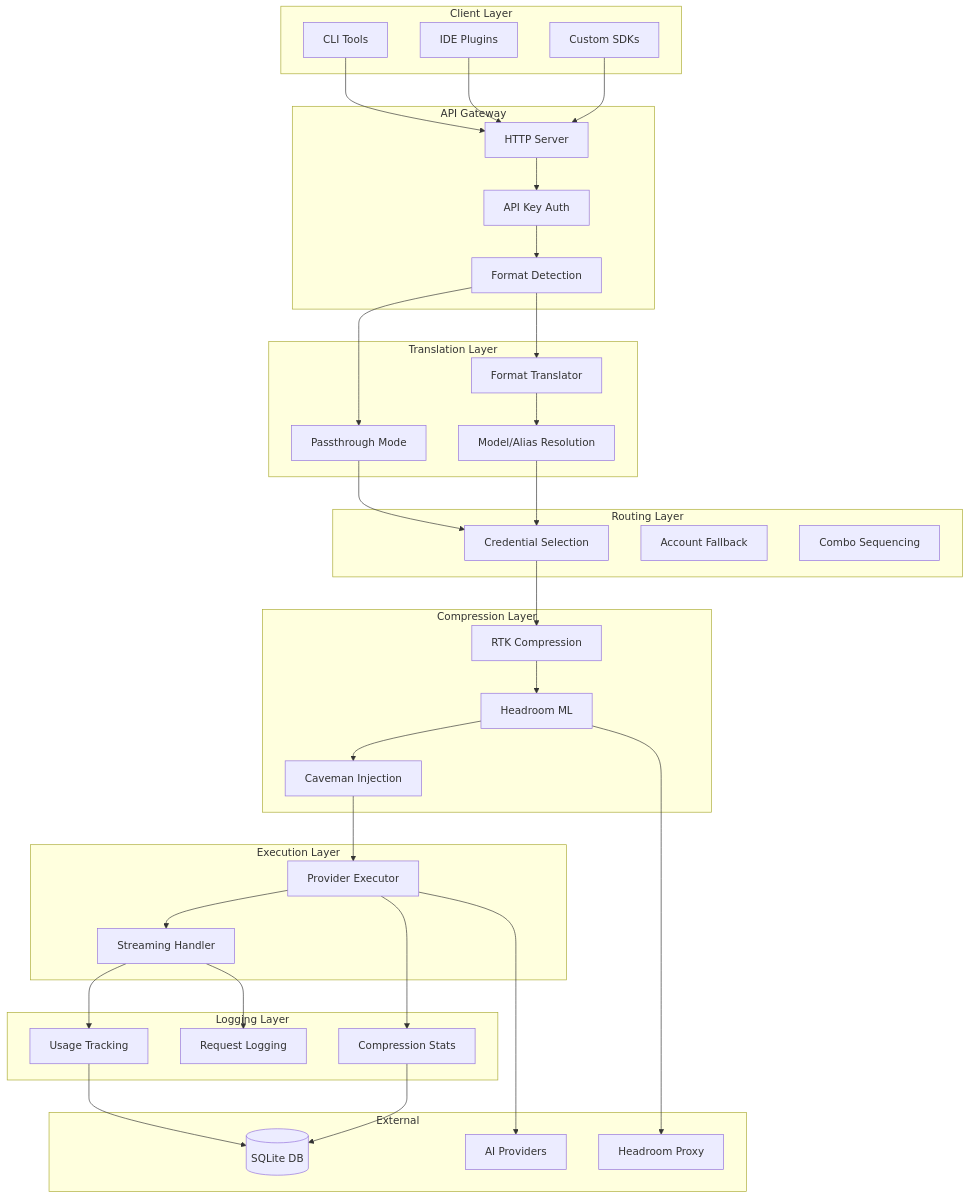
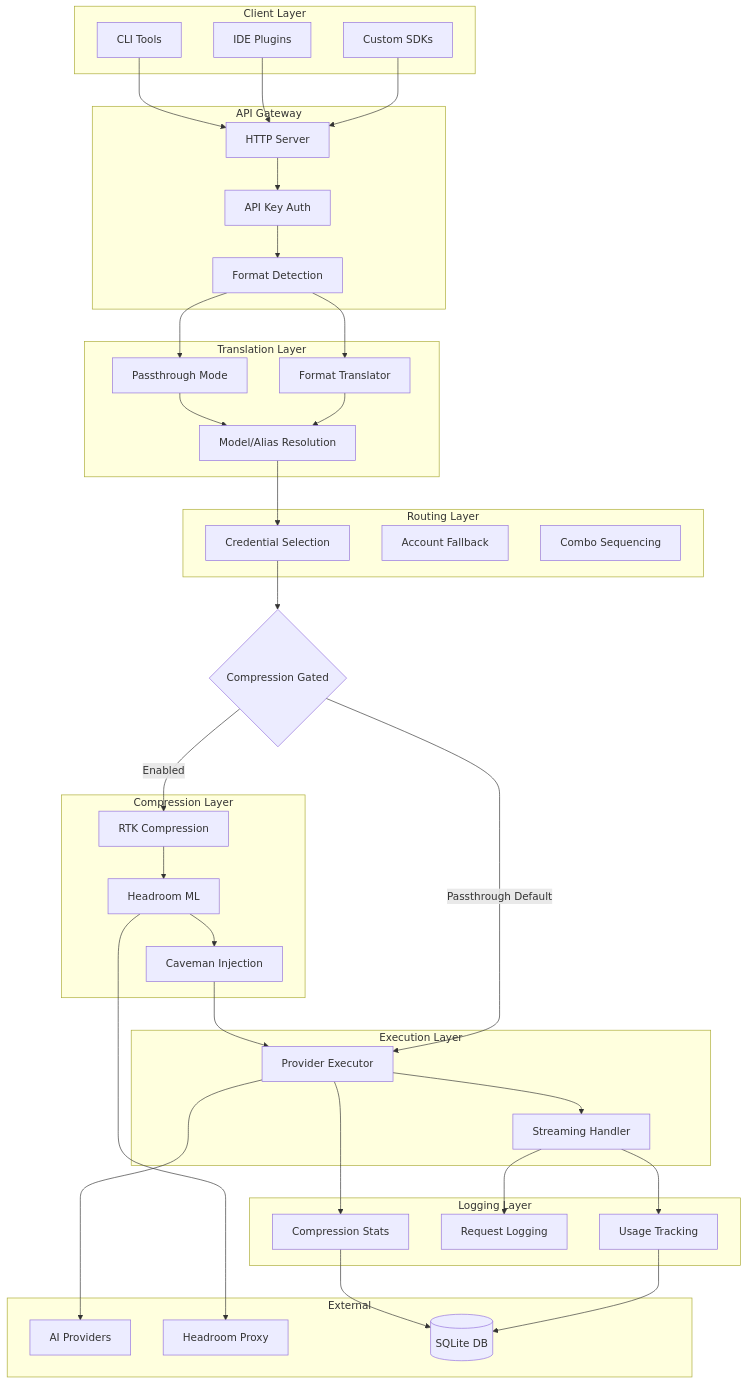
Before and after one commit to vzwjustin/Genesis: the first of 5 diagrams in .kiro/specs/ai-compression-routing-proxy/design.md, drawn with Mermaid. The commit also changed other lines of this file and 2 other files, not shown here.

First line of the commit message:
Expand compression routing proxy specs for passthrough and reliability.

````diff
--- a/.kiro/specs/ai-compression-routing-proxy/design.md
+++ b/.kiro/specs/ai-compression-routing-proxy/design.md
@@ -19,72 +27,74 @@
 ```mermaid
 flowchart TB
     subgraph Client Layer
         CLI[CLI Tools]
         IDE[IDE Plugins]
         SDK[Custom SDKs]
     end
 
     subgraph API Gateway
         HTTP[HTTP Server]
         Auth[API Key Auth]
         FormatDetect[Format Detection]
     end
 
     subgraph Translation Layer
         Passthrough[Passthrough Mode]
         Translator[Format Translator]
         ModelResolver[Model/Alias Resolution]
     end
 
     subgraph Routing Layer
         CredSelector[Credential Selection]
         AccountFallback[Account Fallback]
         ComboSequencer[Combo Sequencing]
     end
 
     subgraph Compression Layer
         RTK[RTK Compression]
         Headroom[Headroom ML]
         Caveman[Caveman Injection]
     end
 
     subgraph Execution Layer
         Executor[Provider Executor]
         StreamHandler[Streaming Handler]
     end
 
     subgraph Logging Layer
         UsageTracker[Usage Tracking]
         RequestLogger[Request Logging]
         CompressionStats[Compression Stats]
     end
 
     subgraph External
         Providers[AI Providers]
         HeadroomProxy[Headroom Proxy]
         DB[(SQLite DB)]
     end
 
     CLI --> HTTP
     IDE --> HTTP
     SDK --> HTTP
     HTTP --> Auth
     Auth --> FormatDetect
     FormatDetect --> Passthrough
-    Passthrough --> CredSelector
+    Passthrough --> ModelResolver
     FormatDetect --> Translator
     Translator --> ModelResolver
     ModelResolver --> CredSelector
-    CredSelector --> RTK
+    CredSelector --> CompressionGate{Compression Gated}
+    CompressionGate -->|Enabled| RTK
     RTK --> Headroom
     Headroom --> Caveman
     Caveman --> Executor
+    CompressionGate -->|Passthrough Default| Executor
     Executor --> StreamHandler
     StreamHandler --> UsageTracker
     StreamHandler --> RequestLogger
     Executor --> CompressionStats
     Executor --> Providers
     Headroom --> HeadroomProxy
     CompressionStats --> DB
     UsageTracker --> DB
 ```
````
